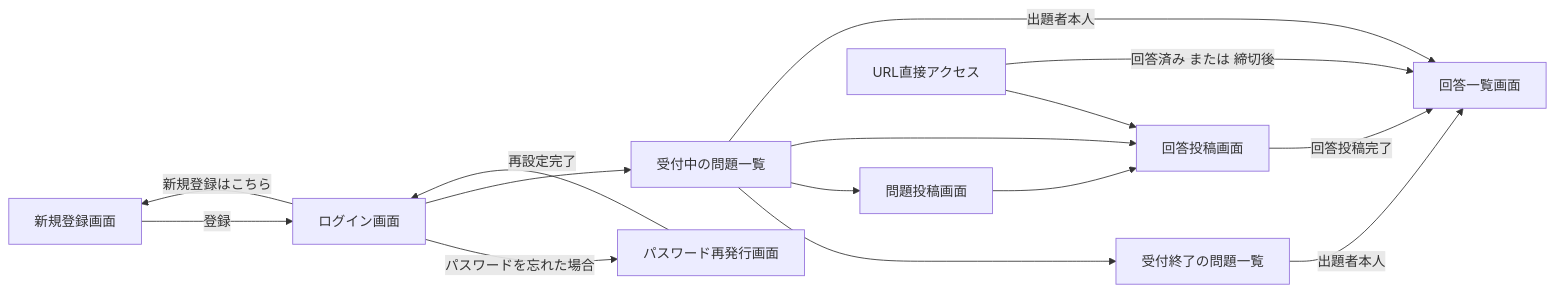
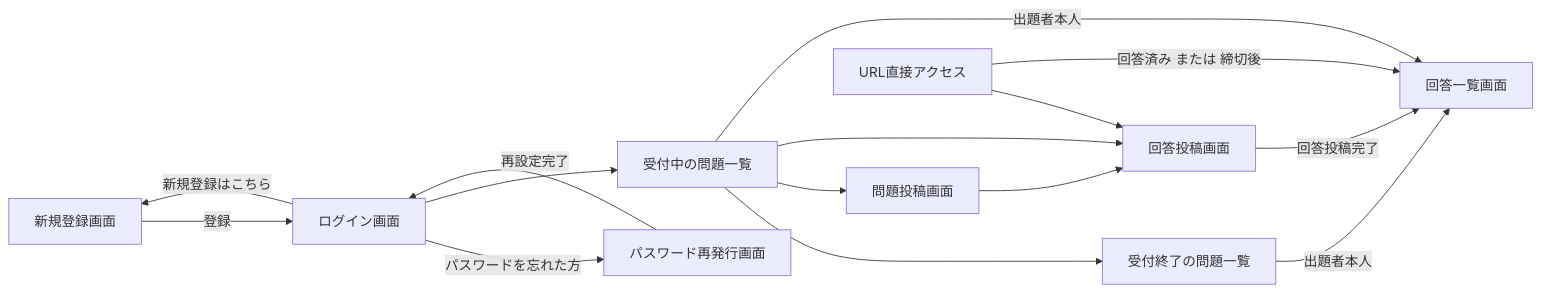
One commit to KMOkuda/dokoutsu changed the second of 2 diagrams in docs/02_basic_design.md. Above: the diagram before and after it, drawn with Mermaid. The commit also changed other lines of this file and 16 other files, not shown here.

````diff
--- a/docs/02_basic_design.md
+++ b/docs/02_basic_design.md
@@ -62,17 +63,17 @@
 ```mermaid
 graph LR
   S[新規登録画面] -- 登録 --> L[ログイン画面]
   L -- 新規登録はこちら --> S
-  L -- パスワードを忘れた場合 --> PR[パスワード再発行画面]
+  L -- パスワードを忘れた方 --> PR[パスワード再発行画面]
   PR -- 再設定完了 --> L
   L --> A[受付中の問題一覧]
   A --> R[受付終了の問題一覧]
   A --> P[問題投稿画面]
   P --> N[回答投稿画面]
   A --> N
   X[URL直接アクセス] --> N
   X -- 回答済み または 締切後 --> D[回答一覧画面]
   N -- 回答投稿完了 --> D
   A -- 出題者本人 --> D
   R -- 出題者本人 --> D
 ```
````
